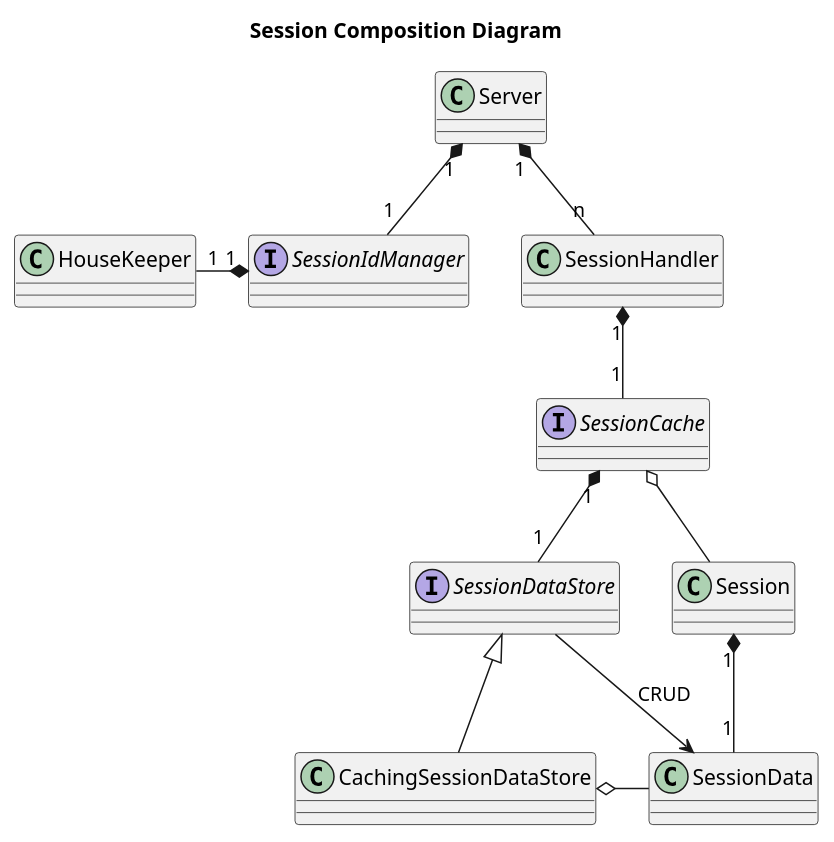
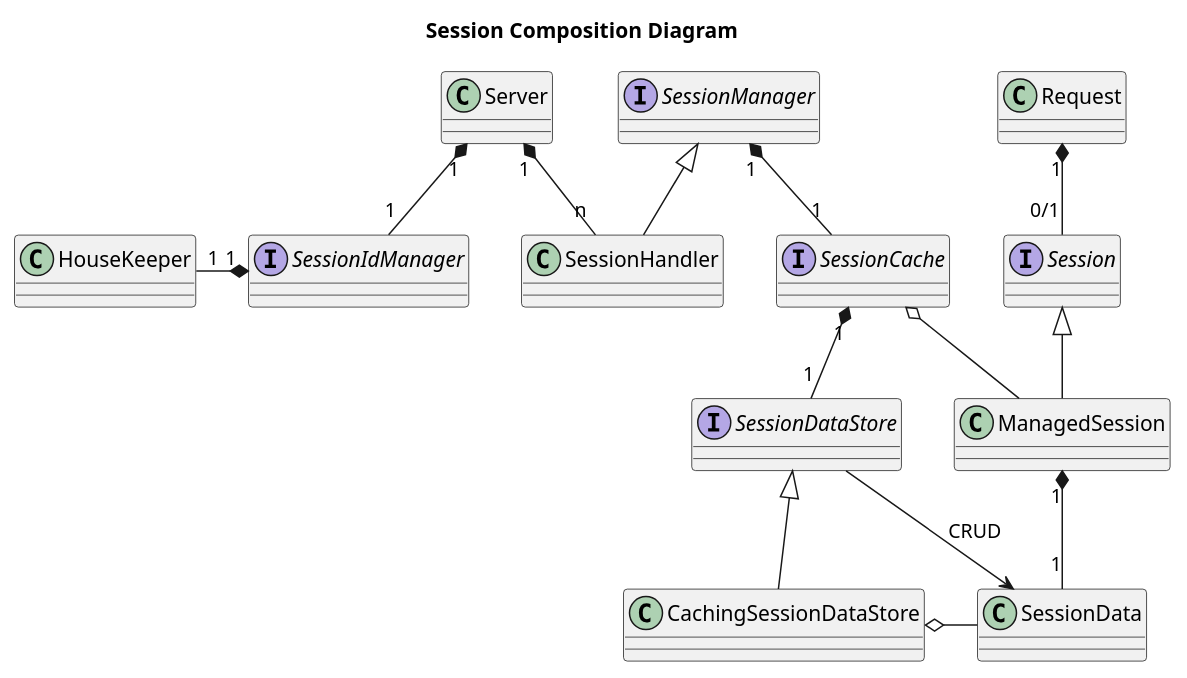
One commit to jetty/jetty.project changed the diagram in documentation/jetty-documentation/src/main/asciidoc/programming-guide/server/sessions/session-architecture.adoc. Above: the diagram before and after it, drawn with PlantUML. The commit also changed other lines of this file and 30 other files, not shown here.

```diff
--- a/documentation/jetty-documentation/src/main/asciidoc/programming-guide/server/sessions/session-architecture.adoc
+++ b/documentation/jetty-documentation/src/main/asciidoc/programming-guide/server/sessions/session-architecture.adoc
@@ -29,32 +42,41 @@
 [plantuml]
 ----
 title Session Composition Diagram
 class Server
 
 interface SessionIdManager
 
 class HouseKeeper
 
+interface SessionManager
+
 class SessionHandler
 
 interface SessionCache
 
 interface SessionDataStore
 
 class CachingSessionDataStore
 
-class Session
+interface Session
+
+class ManagedSession
 
 class SessionData
+
+class Request
 
 Server "1" *-down- "1" SessionIdManager
 SessionIdManager "1" *-left- "1" HouseKeeper
 Server "1" *-down- "n" SessionHandler
-SessionHandler "1" *-down- "1" SessionCache
+Request "1" *-down- "0/1" Session
+SessionManager "1" *-down- "1" SessionCache
+SessionManager <|-- SessionHandler
 SessionCache "1" *-down- "1" SessionDataStore
-SessionCache  o-down- Session
-Session "1" *-- "1" SessionData
+SessionCache  o-down- ManagedSession
+ManagedSession "1" *-- "1" SessionData
+Session <|-- ManagedSession
 SessionDataStore --> SessionData: CRUD
 SessionDataStore <|-- CachingSessionDataStore
 CachingSessionDataStore o- SessionData
 ----
```
